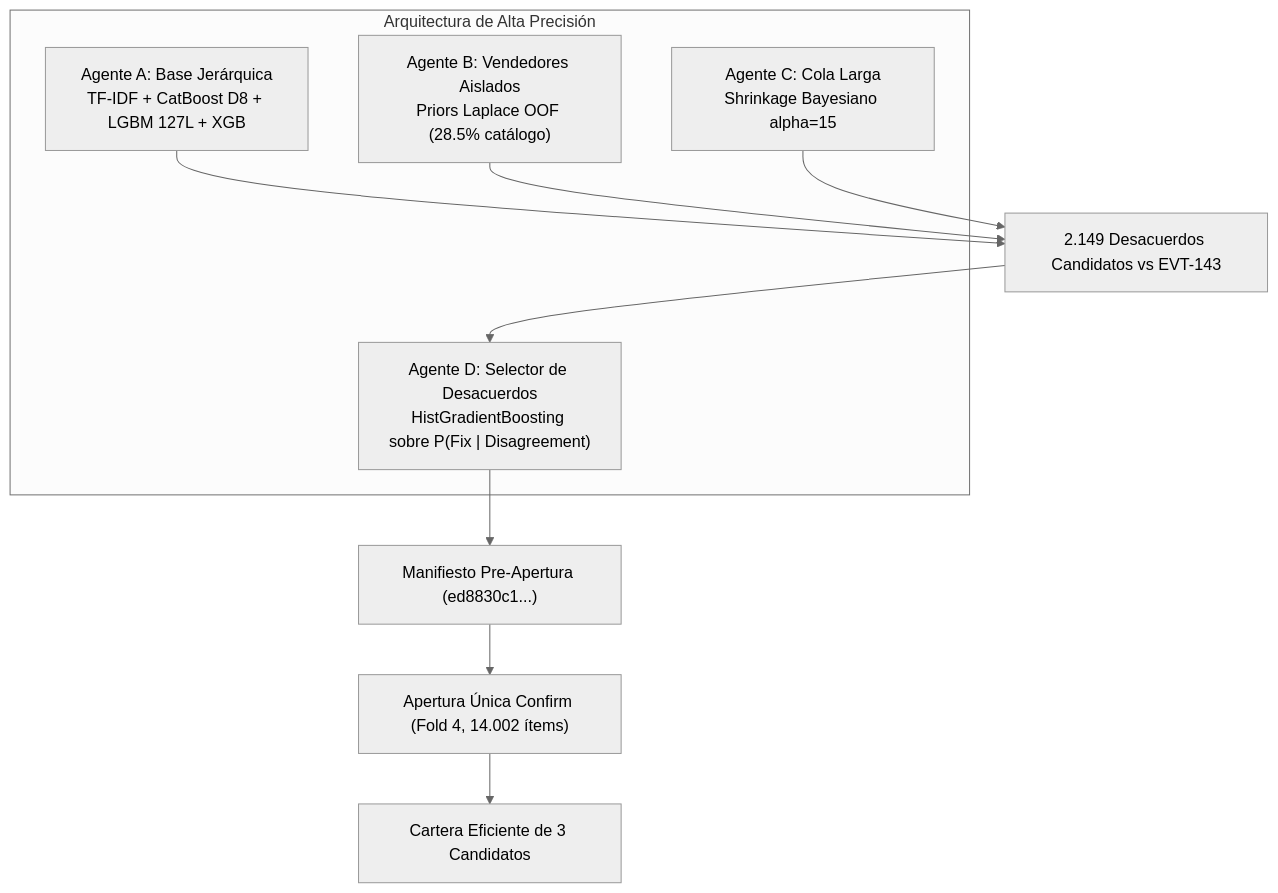
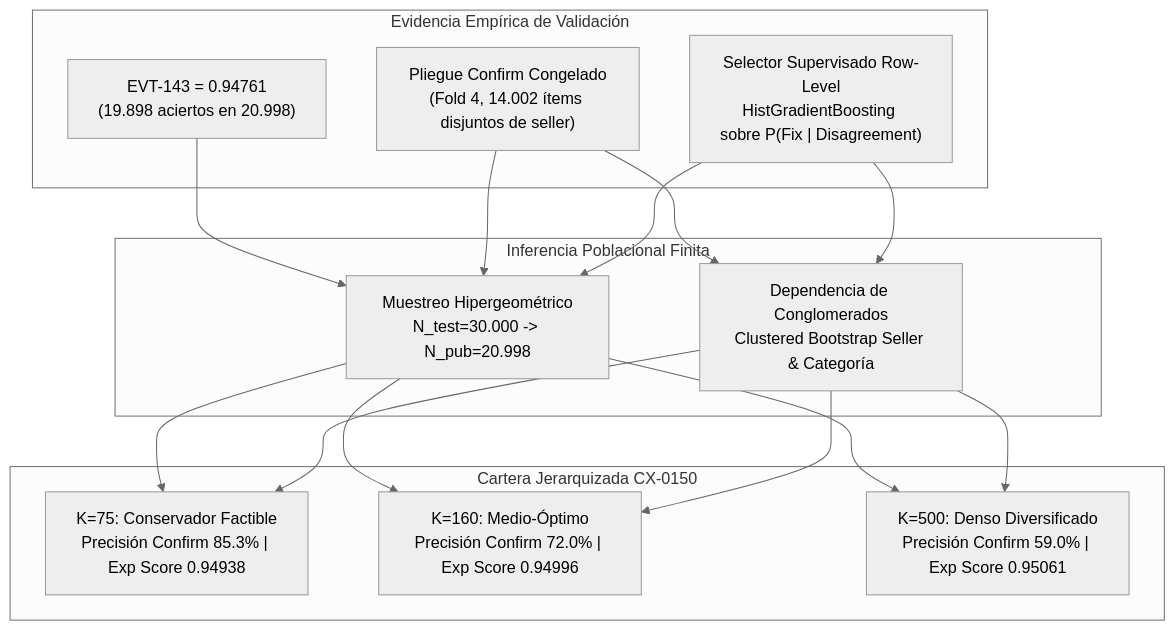
The diagram in coordination/antigravity_to_codex/AG-0141-RESULT.md (arirakowitba/tp_ap), drawn with Mermaid (neutral theme) before and after one commit. The commit also changed other lines of this file and 7 other files, not shown here.

````diff
--- a/coordination/antigravity_to_codex/AG-0141-RESULT.md
+++ b/coordination/antigravity_to_codex/AG-0141-RESULT.md
@@ -48,15 +101,23 @@
 ```mermaid
 flowchart TD
-    subgraph Pipeline_Integrado ["Arquitectura de Alta Precisión"]
-        A["Agente A: Base Jerárquica<br>TF-IDF + CatBoost D8 + LGBM 127L + XGB"]
-        B["Agente B: Vendedores Aislados<br>Priors Laplace OOF (28.5% catálogo)"]
-        C["Agente C: Cola Larga<br>Shrinkage Bayesiano alpha=15"]
-        D["Agente D: Selector de Desacuerdos<br>HistGradientBoosting sobre P(Fix | Disagreement)"]
+    subgraph Evidencia_Empirica ["Evidencia Empírica de Validación"]
+        A["EVT-143 = 0.94761<br>(19.898 aciertos en 20.998)"]
+        B["Pliegue Confirm Congelado<br>(Fold 4, 14.002 ítems disjuntos de seller)"]
+        C["Selector Supervisado Row-Level<br>HistGradientBoosting sobre P(Fix | Disagreement)"]
     end
 
-    A & B & C --> Disagreements["2.149 Desacuerdos Candidatos vs EVT-143"]
-    Disagreements --> D
-    D --> PreManifest["Manifiesto Pre-Apertura (ed8830c1...)"]
-    PreManifest --> ConfirmFold["Apertura Única Confirm (Fold 4, 14.002 ítems)"]
-    ConfirmFold --> Port["Cartera Eficiente de 3 Candidatos"]
+    subgraph Evaluacion_Finita ["Inferencia Poblacional Finita"]
+        D["Muestreo Hipergeométrico<br>N_test=30.000 -> N_pub=20.998"]
+        E["Dependencia de Conglomerados<br>Clustered Bootstrap Seller & Categoría"]
+    end
+
+    subgraph Cartera_Final ["Cartera Jerarquizada CX-0150"]
+        C1["K=75: Conservador Factible<br>Precisión Confirm 85.3% | Exp Score 0.94938"]
+        C2["K=160: Medio-Óptimo<br>Precisión Confirm 72.0% | Exp Score 0.94996"]
+        C3["K=500: Denso Diversificado<br>Precisión Confirm 59.0% | Exp Score 0.95061"]
+    end
+
+    A & B & C --> D
+    B & C --> E
+    D & E --> C1 & C2 & C3
 ```
````
